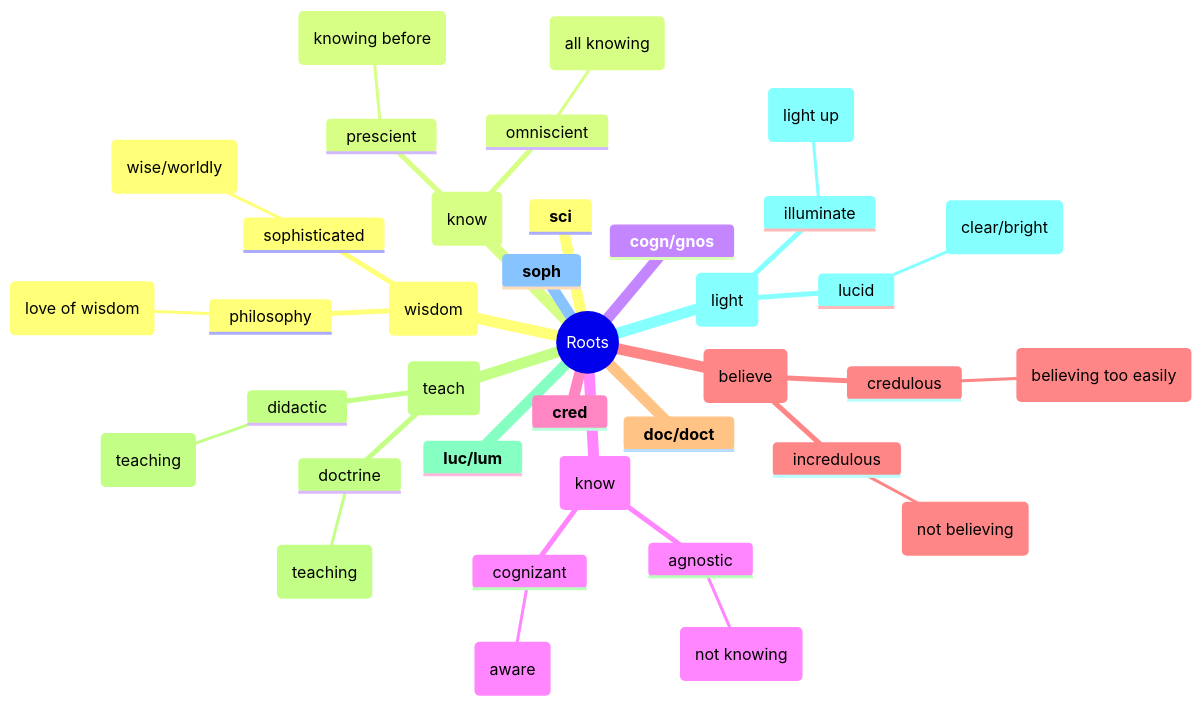
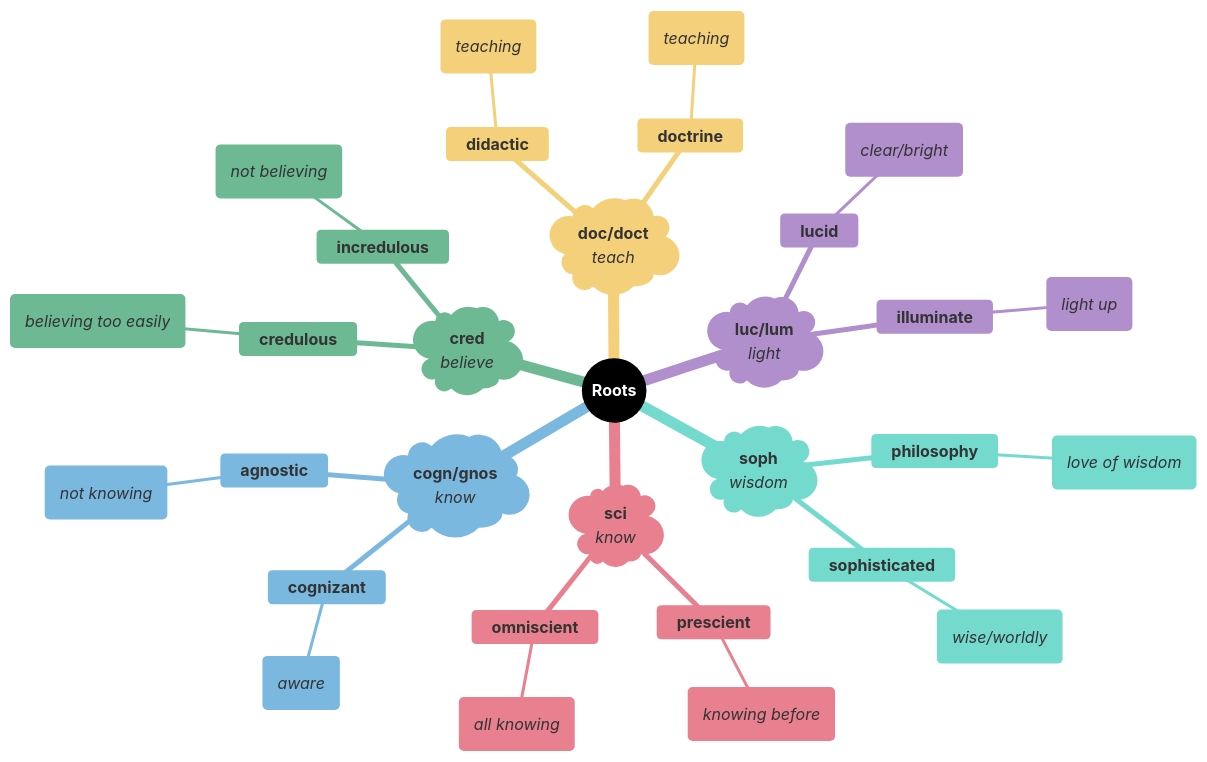
Before and after one commit to 95anantsingh/gre-preparation: the seventh of 7 diagrams in mindmaps/12-knowledge-and-ignorance.md, drawn with Mermaid. The commit also changed other lines of this file and 14 other files, not shown here.

````diff
--- a/mindmaps/12-knowledge-and-ignorance.md
+++ b/mindmaps/12-knowledge-and-ignorance.md
@@ -327,40 +469,53 @@
 ```mermaid
+%%{
+  init: {
+    "theme": "base",
+    "themeVariables": {
+      "primaryColor": "#000000",
+      "cScale1": "#e8808f",  "cScaleInv1": "#a33445",
+      "cScale2": "#7bb8e0",  "cScaleInv2": "#266a93",
+      "cScale3": "#6db993",  "cScaleInv3": "#23543f",
+      "cScale4": "#f5d07a",  "cScaleInv4": "#c4903b",
+      "cScale5": "#b08fcc",  "cScaleInv5": "#5d3b75",
+      "cScale6": "#74dace",  "cScaleInv6": "#217d72",
+      "cScale7": "#f09570",  "cScaleInv7": "#b84112",
+      "cScale8": "#8ea8c2",  "cScaleInv8": "#32465e",
+      "cScale9": "#cc7fba",  "cScaleInv9": "#7d2868",
+      "cScale10": "#c99a78", "cScaleInv10": "#7c4e32",
+      "cScale11": "#a3a3a3", "cScaleInv11": "#3d3d3d"
+    }
+  }
+}%%
 mindmap
-  root((Roots))
-    **sci**
-    (know)
-      prescient
-        (knowing before)
-      omniscient
-        (all knowing)
-    **cogn/gnos**
-    (know)
-      cognizant
-        (aware)
-      agnostic
-        (not knowing)
-    **cred**
-    (believe)
-      credulous
-        (believing too easily)
-      incredulous
-        (not believing)
-    **doc/doct**
-    (teach)
-      didactic
-        (teaching)
-      doctrine
-        (teaching)
-    **luc/lum**
-    (light)
-      lucid
-        (clear/bright)
-      illuminate
-        (light up)
-    **soph**
-    (wisdom)
-      sophisticated
-        (wise/worldly)
-      philosophy
-        (love of wisdom)
+  root((<font color=white>**Roots**</font>))
+    )**sci**</br>_know_(
+      **prescient**
+        (_knowing before_)
+      **omniscient**
+        (_all knowing_)
+    )**cogn/gnos**</br>_know_(
+      **cognizant**
+        (_aware_)
+      **agnostic**
+        (_not knowing_)
+    )**cred**</br>_believe_(
+      **credulous**
+        (_believing too easily_)
+      **incredulous**
+        (_not believing_)
+    )**doc/doct**</br>_teach_(
+      **didactic**
+        (_teaching_)
+      **doctrine**
+        (_teaching_)
+    )**luc/lum**</br>_light_(
+      **lucid**
+        (_clear/bright_)
+      **illuminate**
+        (_light up_)
+    )**soph**</br>_wisdom_(
+      **sophisticated**
+        (_wise/worldly_)
+      **philosophy**
+        (_love of wisdom_)
 ```
````
